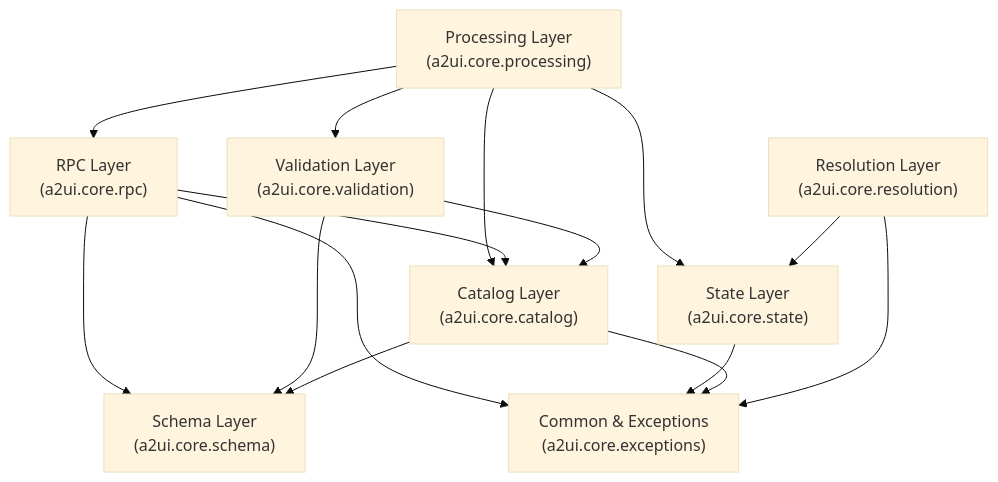
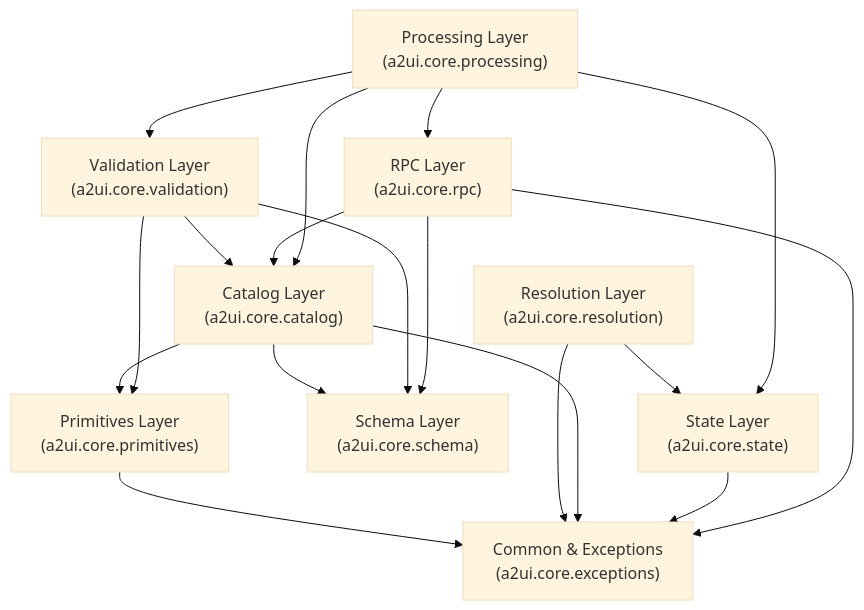
The first of 2 diagrams in blueprints/modules/a2ui_core.blueprint.md (a2ui-project/a2ui), drawn with Mermaid (base theme) before and after one commit. The commit also changed other lines of this file and 16 other files, not shown here.

````diff
--- a/blueprints/modules/a2ui_core.blueprint.md
+++ b/blueprints/modules/a2ui_core.blueprint.md
@@ -46,26 +46,30 @@
 ```mermaid
 graph TD
     Processing["Processing Layer<br/>(a2ui.core.processing)"]
     Rpc["RPC Layer<br/>(a2ui.core.rpc)"]
     Validation["Validation Layer<br/>(a2ui.core.validation)"]
     State["State Layer<br/>(a2ui.core.state)"]
     Catalog["Catalog Layer<br/>(a2ui.core.catalog)"]
     Resolution["Resolution Layer<br/>(a2ui.core.resolution)"]
     Schema["Schema Layer<br/>(a2ui.core.schema)"]
+    Primitives["Primitives Layer<br/>(a2ui.core.primitives)"]
     Exceptions["Common & Exceptions<br/>(a2ui.core.exceptions)"]
 
     Processing --> Rpc
     Processing --> Validation
     Processing --> State
     Processing --> Catalog
     Rpc --> Catalog
     Rpc --> Schema
     Rpc --> Exceptions
     Validation --> Catalog
     Validation --> Schema
+    Validation --> Primitives
     State --> Exceptions
     Catalog --> Schema
+    Catalog --> Primitives
     Catalog --> Exceptions
     Resolution --> State
     Resolution --> Exceptions
+    Primitives --> Exceptions
 ```
````
